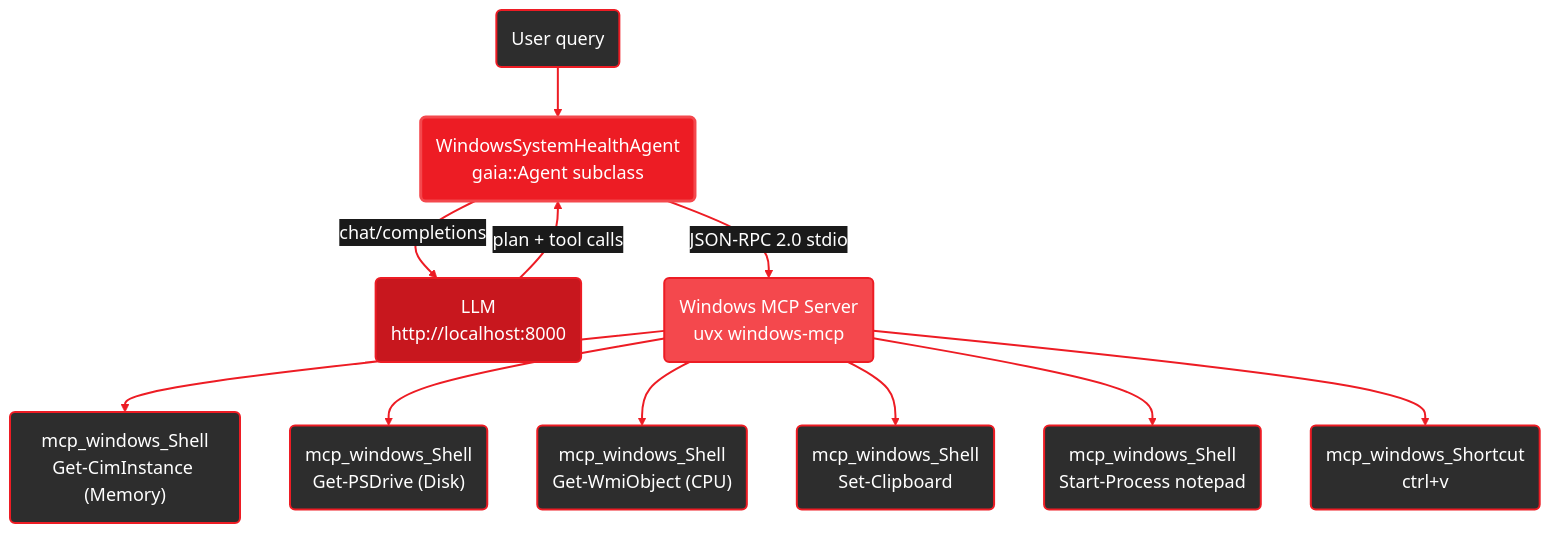
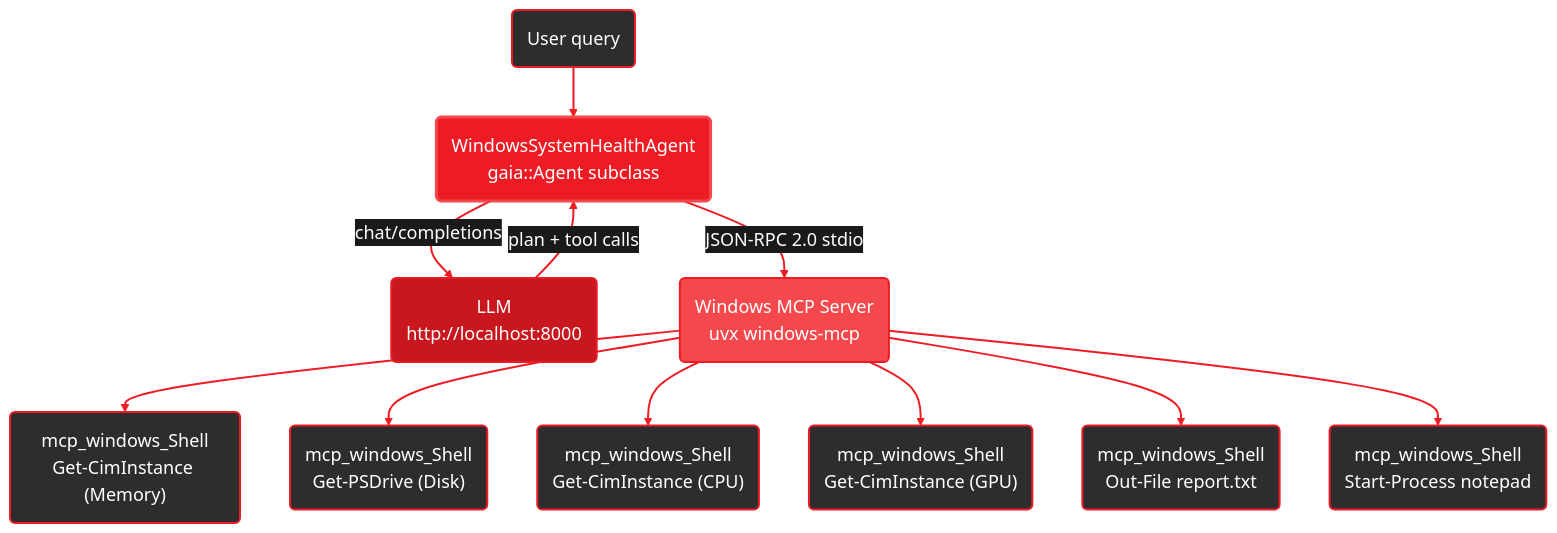
One commit to amd/gaia changed the third of 3 diagrams in docs/guides/cpp/overview.mdx. Above: the diagram before and after it, drawn with Mermaid. The commit also changed other lines of this file and 2 other files, not shown here.

Commit message:
Update C++ docs: rename simple_agent to health_agent, fix architecture diagram
- Rename simple_agent references to health_agent across all C++ guide pages
- Fix health_agent architecture diagram: replace clipboard/paste approach with
  file-write + Notepad open, add GPU check step
- Fix Get-WmiObject to Get-CimInstance (correct PowerShell API)
- Update project structure: add clean_console and test_tool_integration files
- Update test suite description: six modules to eight
- Update health_agent description: console summary or Notepad report

````diff
--- a/docs/guides/cpp/overview.mdx
+++ b/docs/guides/cpp/overview.mdx
@@ -94,33 +94,33 @@
 ```mermaid
 %%{init: {'theme':'base', 'themeVariables': { 'primaryColor':'#ED1C24', 'fontSize':'18px', 'lineColor':'#ED1C24', 'primaryTextColor':'#fff', 'edgeLabelBackground':'#1a1a1a'}, 'flowchart': {'curve': 'basis'}}}%%
 graph TB
     User("User query")
     Agent("WindowsSystemHealthAgent<br/>gaia::Agent subclass")
     LLM("LLM<br/>http://localhost:8000")
     MCP("Windows MCP Server<br/>uvx windows-mcp")
 
     User --> Agent
     Agent -->|"chat/completions"| LLM
     LLM -->|"plan + tool calls"| Agent
     Agent -->|"JSON-RPC 2.0 stdio"| MCP
 
     MCP --> Shell1("mcp_windows_Shell<br/>Get-CimInstance (Memory)")
     MCP --> Shell2("mcp_windows_Shell<br/>Get-PSDrive (Disk)")
-    MCP --> Shell3("mcp_windows_Shell<br/>Get-WmiObject (CPU)")
-    MCP --> Clipboard("mcp_windows_Shell<br/>Set-Clipboard")
+    MCP --> Shell3("mcp_windows_Shell<br/>Get-CimInstance (CPU)")
+    MCP --> Shell4("mcp_windows_Shell<br/>Get-CimInstance (GPU)")
+    MCP --> FileWrite("mcp_windows_Shell<br/>Out-File report.txt")
     MCP --> Notepad("mcp_windows_Shell<br/>Start-Process notepad")
-    MCP --> Paste("mcp_windows_Shortcut<br/>ctrl+v")
 
     style User fill:#2d2d2d,stroke:#ED1C24,stroke-width:2px,color:#fff
     style Agent fill:#ED1C24,stroke:#F4484D,stroke-width:3px,color:#fff
     style LLM fill:#C8171E,stroke:#ED1C24,stroke-width:2px,color:#fff
     style MCP fill:#F4484D,stroke:#ED1C24,stroke-width:2px,color:#fff
     style Shell1 fill:#2d2d2d,stroke:#ED1C24,stroke-width:2px,color:#fff
     style Shell2 fill:#2d2d2d,stroke:#ED1C24,stroke-width:2px,color:#fff
     style Shell3 fill:#2d2d2d,stroke:#ED1C24,stroke-width:2px,color:#fff
-    style Clipboard fill:#2d2d2d,stroke:#ED1C24,stroke-width:2px,color:#fff
+    style Shell4 fill:#2d2d2d,stroke:#ED1C24,stroke-width:2px,color:#fff
+    style FileWrite fill:#2d2d2d,stroke:#ED1C24,stroke-width:2px,color:#fff
     style Notepad fill:#2d2d2d,stroke:#ED1C24,stroke-width:2px,color:#fff
-    style Paste fill:#2d2d2d,stroke:#ED1C24,stroke-width:2px,color:#fff
 
     linkStyle default stroke:#ED1C24,stroke-width:2px
 ```
````
